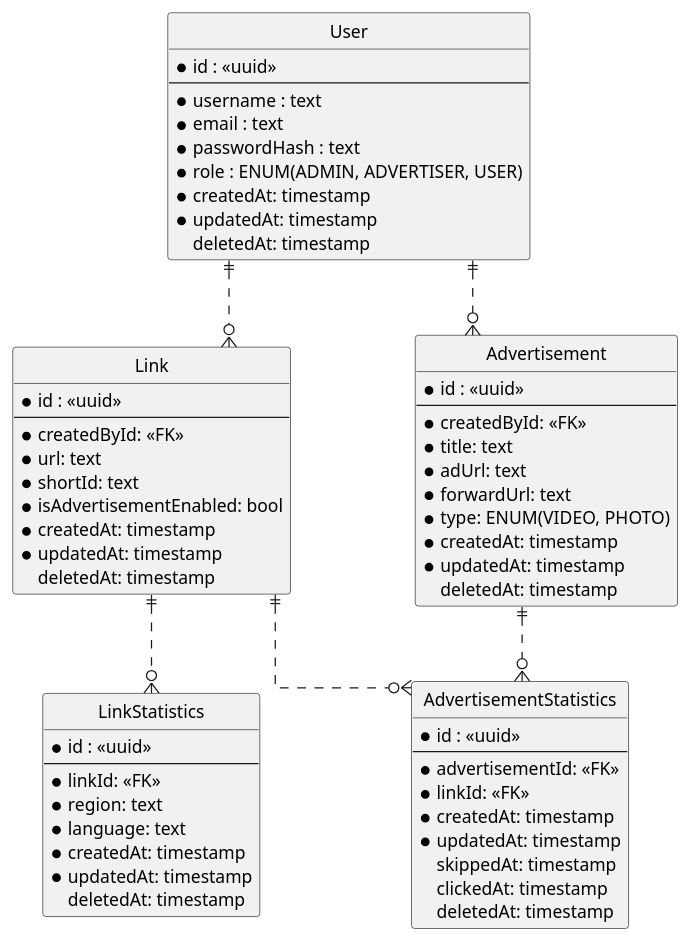
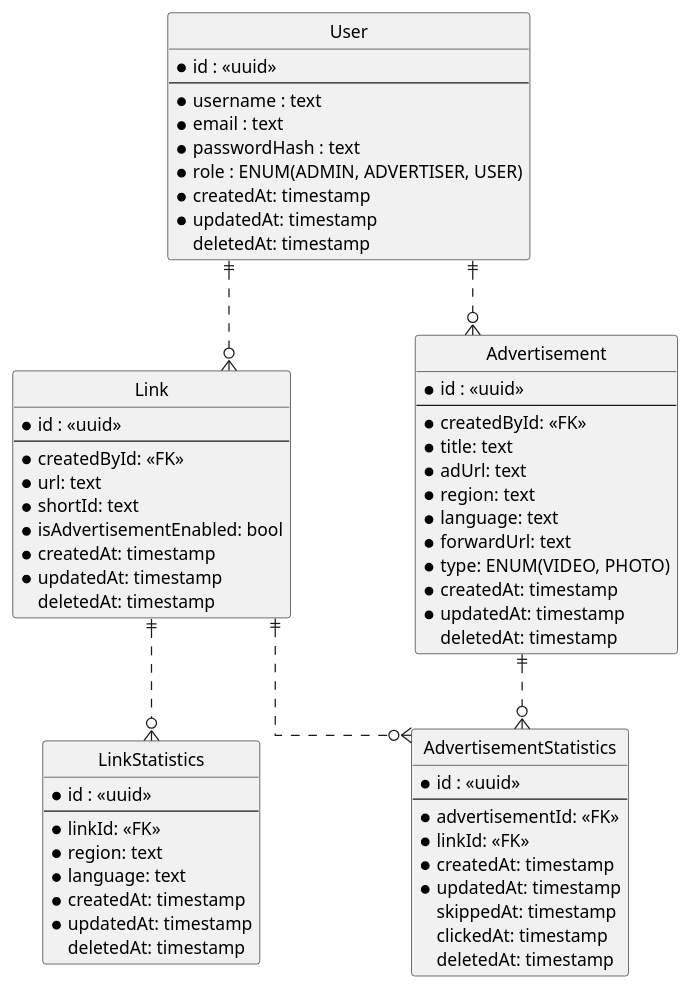
One commit to MichaelaLodnanova/Analytical-link-shortener changed the diagram in diagrams/erd.puml. Above: the diagram before and after it, drawn with PlantUML. The commit also changed 25 other files, not shown here.

Commit message:
feat: add advertisements statistics dashboard; modified statistics to fit tanstack charts

```diff
--- a/diagrams/erd.puml
+++ b/diagrams/erd.puml
@@ -1,74 +1,76 @@
 @startuml shortener_erd
 
 hide circle
 skinparam Linetype ortho
 skinparam Ranksep 60
 skinparam Nodesep 100
 
 entity "User" as user {
   *id : <<uuid>>
   --
   * username : text
   * email : text
   * passwordHash : text
   * role : ENUM(ADMIN, ADVERTISER, USER)
   * createdAt: timestamp
   * updatedAt: timestamp
   deletedAt: timestamp
 }
 
 entity "Link" as link {
   *id : <<uuid>>
   --
   * createdById: <<FK>>
   * url: text
   * shortId: text
   * isAdvertisementEnabled: bool
   * createdAt: timestamp
   * updatedAt: timestamp
   deletedAt: timestamp
 }
 
 entity "LinkStatistics" as linkStats {
   *id : <<uuid>>
   --
   * linkId: <<FK>>
   * region: text
   * language: text
   * createdAt: timestamp
   * updatedAt: timestamp
   deletedAt: timestamp
 }
 
 entity "Advertisement" as ad {
   *id : <<uuid>>
   --
   * createdById: <<FK>>
   * title: text
   * adUrl: text
+  * region: text
+  * language: text
   * forwardUrl: text
   * type: ENUM(VIDEO, PHOTO)
   * createdAt: timestamp
   * updatedAt: timestamp
   deletedAt: timestamp
 }
 
 entity "AdvertisementStatistics" as adStats {
   *id : <<uuid>>
   --
   * advertisementId: <<FK>>
   * linkId: <<FK>>
   * createdAt: timestamp
   * updatedAt: timestamp
   skippedAt: timestamp
   clickedAt: timestamp
   deletedAt: timestamp
 }
 
 user ||..o{ link
 user ||..o{ ad
 
 ad ||..o{ adStats
 link ||..o{ linkStats
 link ||..o{ adStats
 @enduml
```
